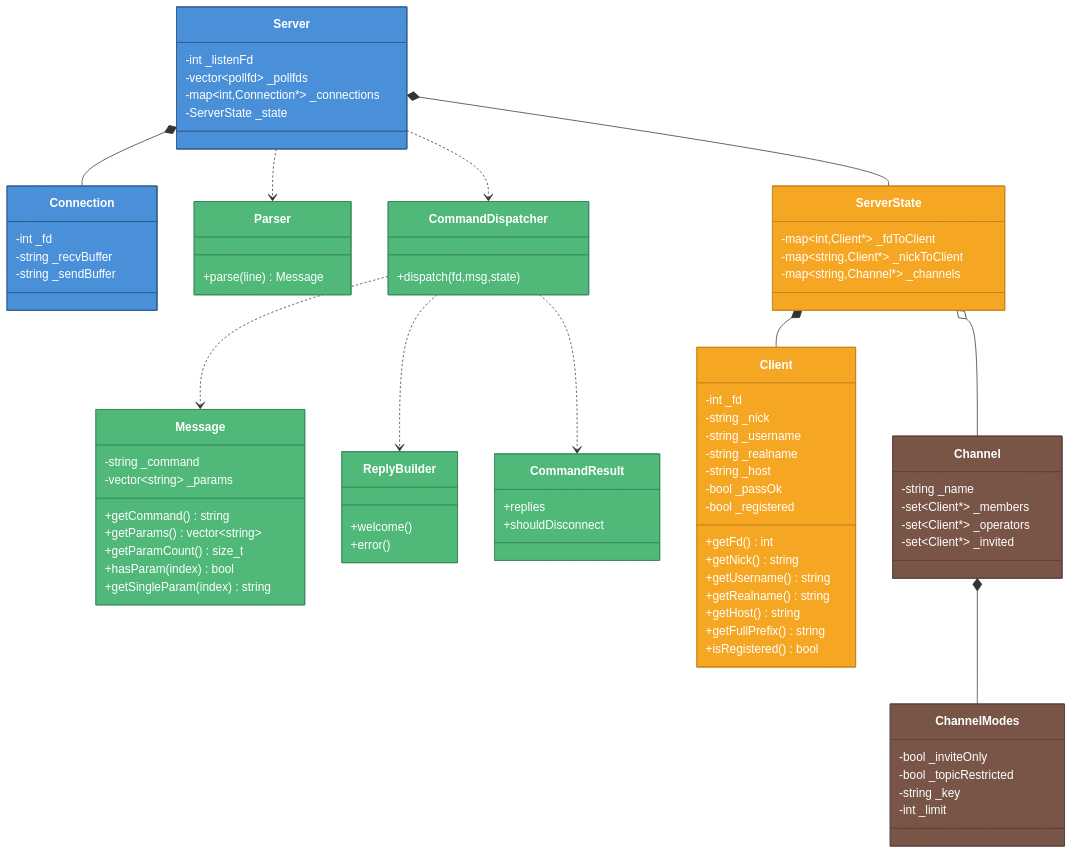
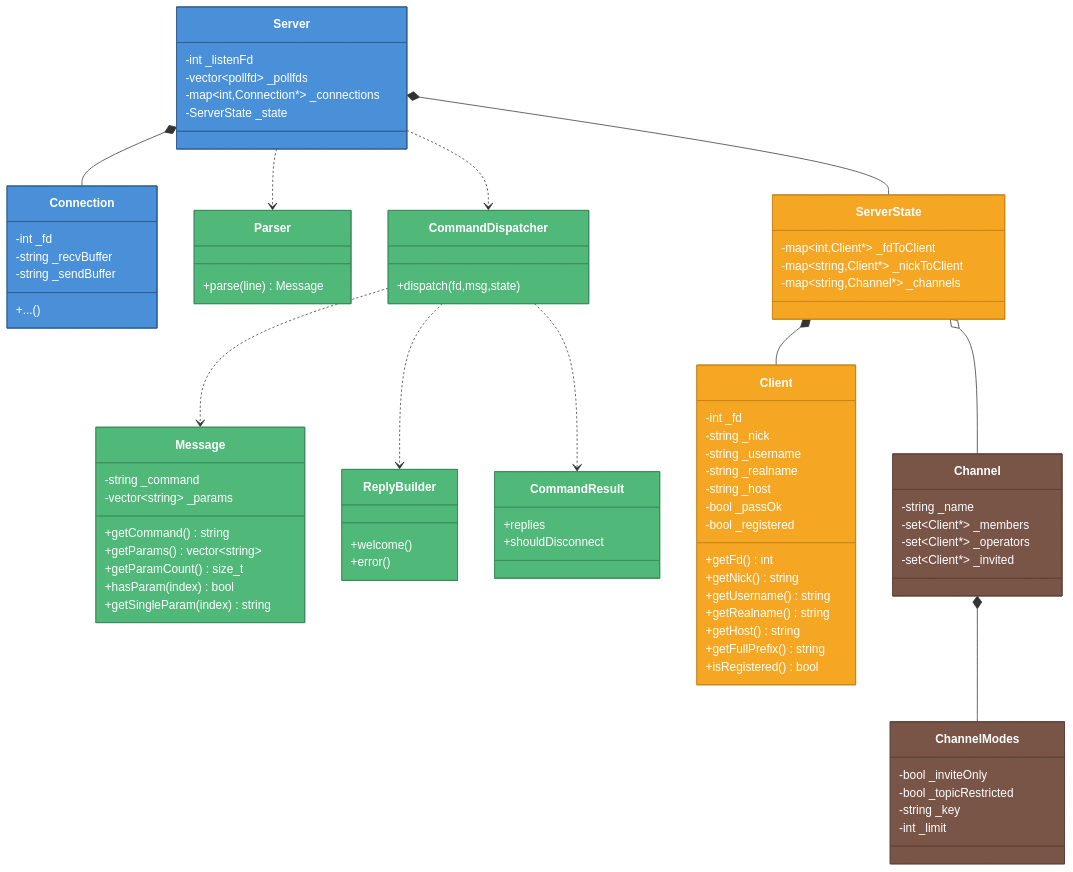
The first of 4 diagrams in dev_docs/diagrams/comparison/class_comparison_diagram.md (tototec1234/IRC), drawn with Mermaid before and after one commit. The commit also changed 7 other files, not shown here.

```diff
--- a/dev_docs/diagrams/comparison/class_comparison_diagram.md
+++ b/dev_docs/diagrams/comparison/class_comparison_diagram.md
@@ -38,6 +38,7 @@
         -int _fd
         -string _recvBuffer
         -string _sendBuffer
+        +...()
     }
     
     class Parser {
```
